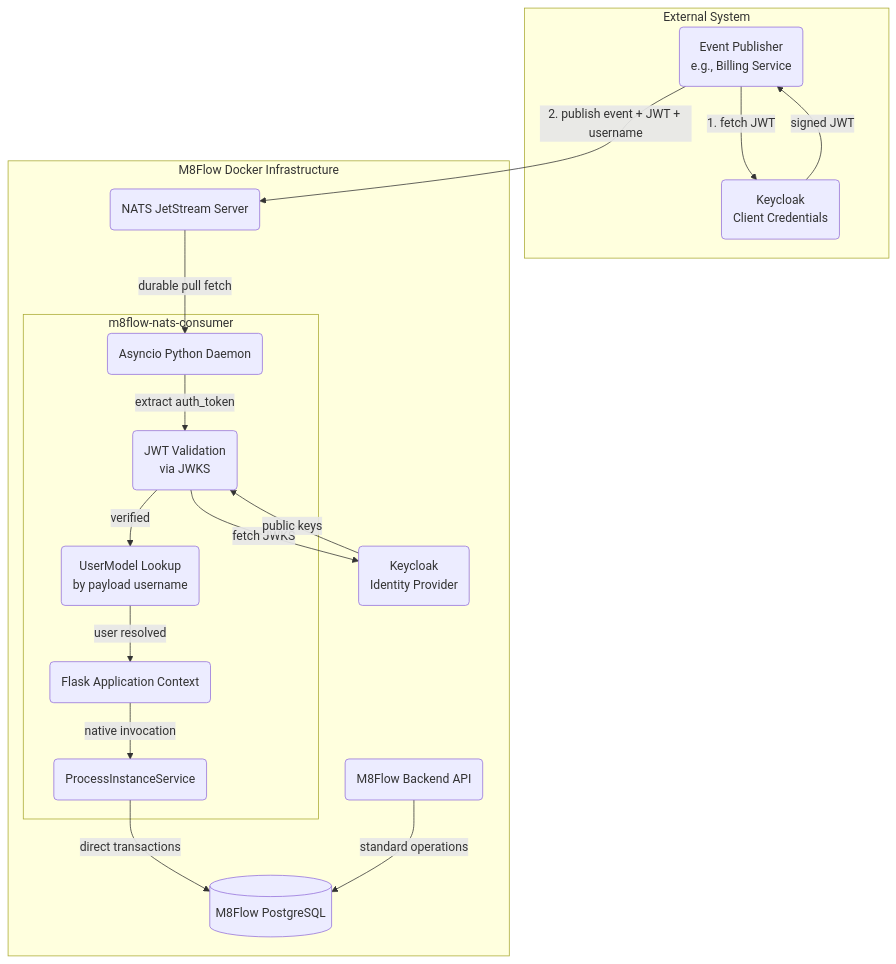
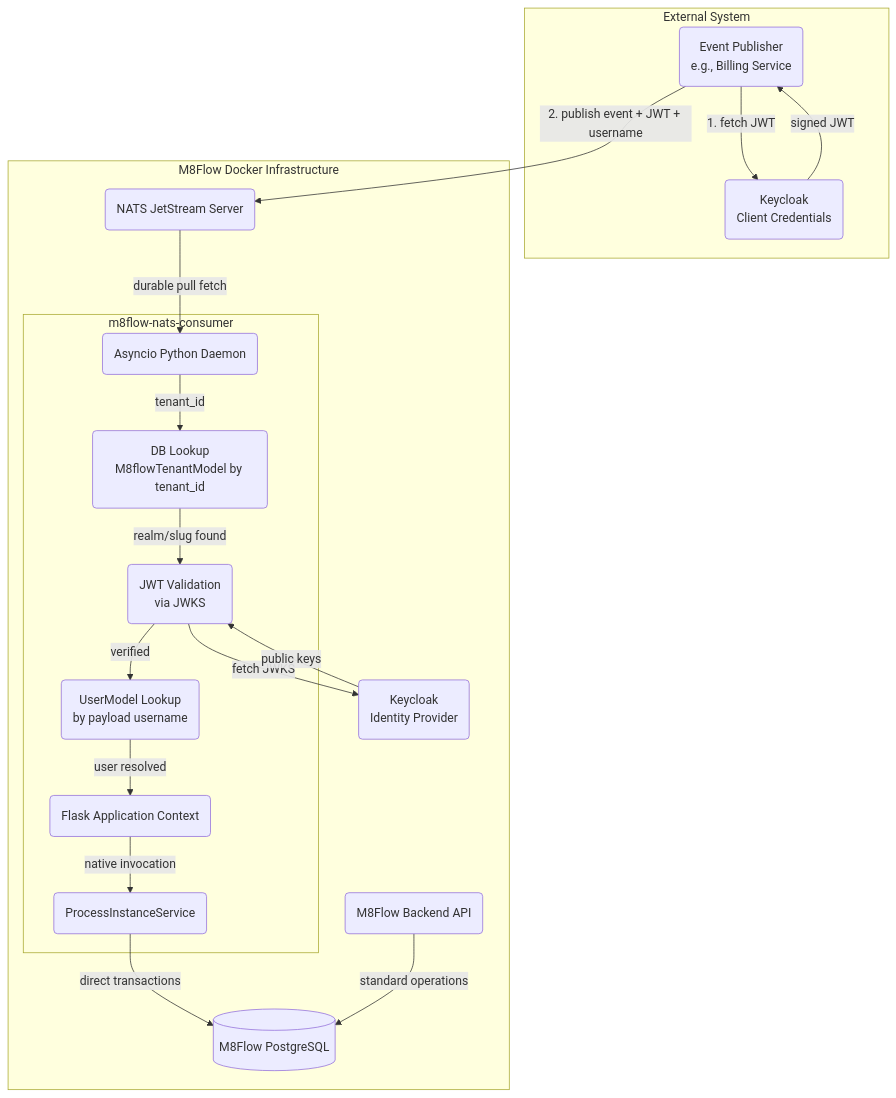
Before and after one commit to AOT-Technologies/m8flow: the first of 2 diagrams in docs/event-driven-architecture.md, drawn with Mermaid. The commit also changed other lines of this file and 3 other files, not shown here.

Commit message:
refactor: Implement Keycloak realm resolution via database lookup using `tenant_id` for JWT validation.

````diff
--- a/docs/event-driven-architecture.md
+++ b/docs/event-driven-architecture.md
@@ -9,37 +9,39 @@
 ```mermaid
 flowchart TB
     subgraph External[External System]
         Publisher(Event Publisher\ne.g., Billing Service)
         Keycloak_fetch(Keycloak\nClient Credentials)
     end
 
     subgraph Infrastructure[M8Flow Docker Infrastructure]
         NATS(NATS JetStream Server)
         Keycloak(Keycloak\nIdentity Provider)
 
         subgraph Consumer[m8flow-nats-consumer]
             Daemon(Asyncio Python Daemon)
+            RealmLookup(DB Lookup\nM8flowTenantModel by tenant_id)
             Auth(JWT Validation\nvia JWKS)
             UserLookup(UserModel Lookup\nby payload username)
             FlaskCtx(Flask Application Context)
             SpiffSvc(ProcessInstanceService)
 
-            Daemon -->|extract auth_token| Auth
+            Daemon -->|tenant_id| RealmLookup
+            RealmLookup -->|realm/slug found| Auth
             Auth -->|verified| UserLookup
             UserLookup -->|user resolved| FlaskCtx
             FlaskCtx -->|native invocation| SpiffSvc
         end
 
         DB[(M8Flow PostgreSQL)]
         Backend(M8Flow Backend API)
     end
 
     Publisher -->|1. fetch JWT| Keycloak_fetch
     Keycloak_fetch -->|signed JWT| Publisher
     Publisher -->|2. publish event + JWT + username| NATS
     NATS -->|durable pull fetch| Daemon
     Auth -->|fetch JWKS| Keycloak
     Keycloak -->|public keys| Auth
     SpiffSvc -->|direct transactions| DB
     Backend -->|standard operations| DB
 ```
````
